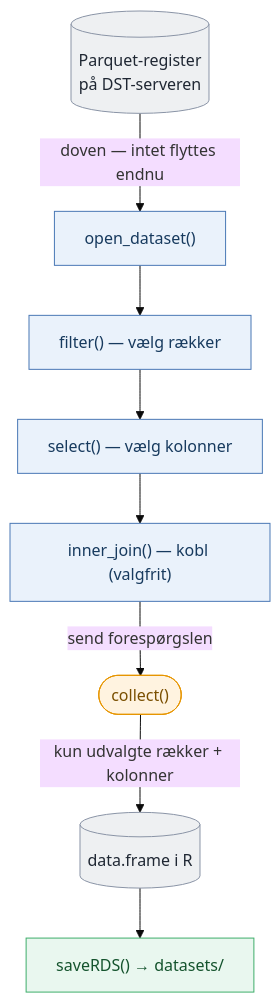
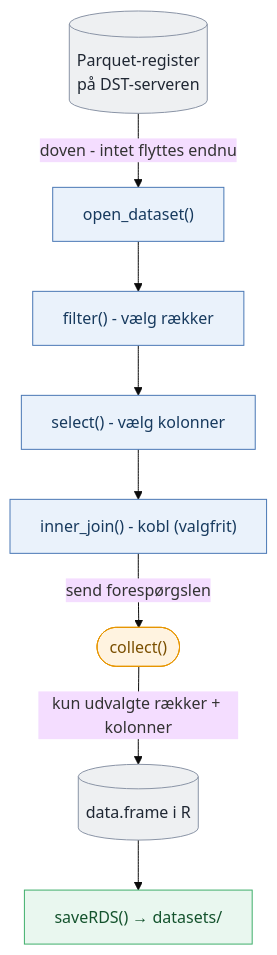
One commit to steno-aarhus/registers-guide changed the diagram in docs/da/05_universelle-moenster.qmd. Above: the diagram before and after it, drawn with Mermaid (base theme). The commit also changed other lines of this file and 78 other files, not shown here.

````diff
--- a/docs/da/05_universelle-moenster.qmd
+++ b/docs/da/05_universelle-moenster.qmd
@@ -152,22 +152,22 @@
 ```{mermaid}
 flowchart TD
     P[("Parquet-register<br>på DST-serveren")]:::store
     L["open_dataset()"]:::lazy
-    F["filter() — vælg rækker"]:::lazy
-    S["select() — vælg kolonner"]:::lazy
-    J["inner_join() — kobl (valgfrit)"]:::lazy
+    F["filter() - vælg rækker"]:::lazy
+    S["select() - vælg kolonner"]:::lazy
+    J["inner_join() - kobl (valgfrit)"]:::lazy
     C(["collect()"]):::collect
     R[("data.frame i R")]:::store
     V["saveRDS() → datasets/"]:::save
 
-    P -->|"doven — intet flyttes endnu"| L
+    P -->|"doven - intet flyttes endnu"| L
     L --> F --> S --> J
     J -->|"send forespørgslen"| C
     C -->|"kun udvalgte rækker + kolonner"| R
     R --> V
 
     classDef store fill:#eef0f2,stroke:#8a94a6,color:#1f2733;
     classDef lazy fill:#eaf2fb,stroke:#4a78b5,color:#173a5e;
     classDef collect fill:#fff3e0,stroke:#e69500,color:#7a4f00;
     classDef save fill:#e9f7ef,stroke:#3fae6b,color:#14532d;
 ```
````
